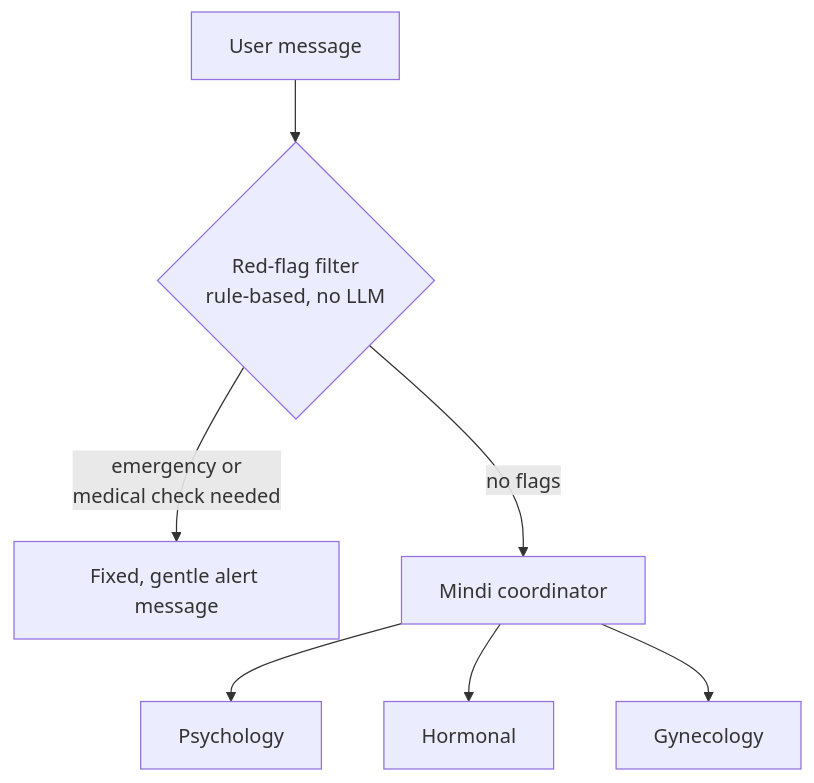
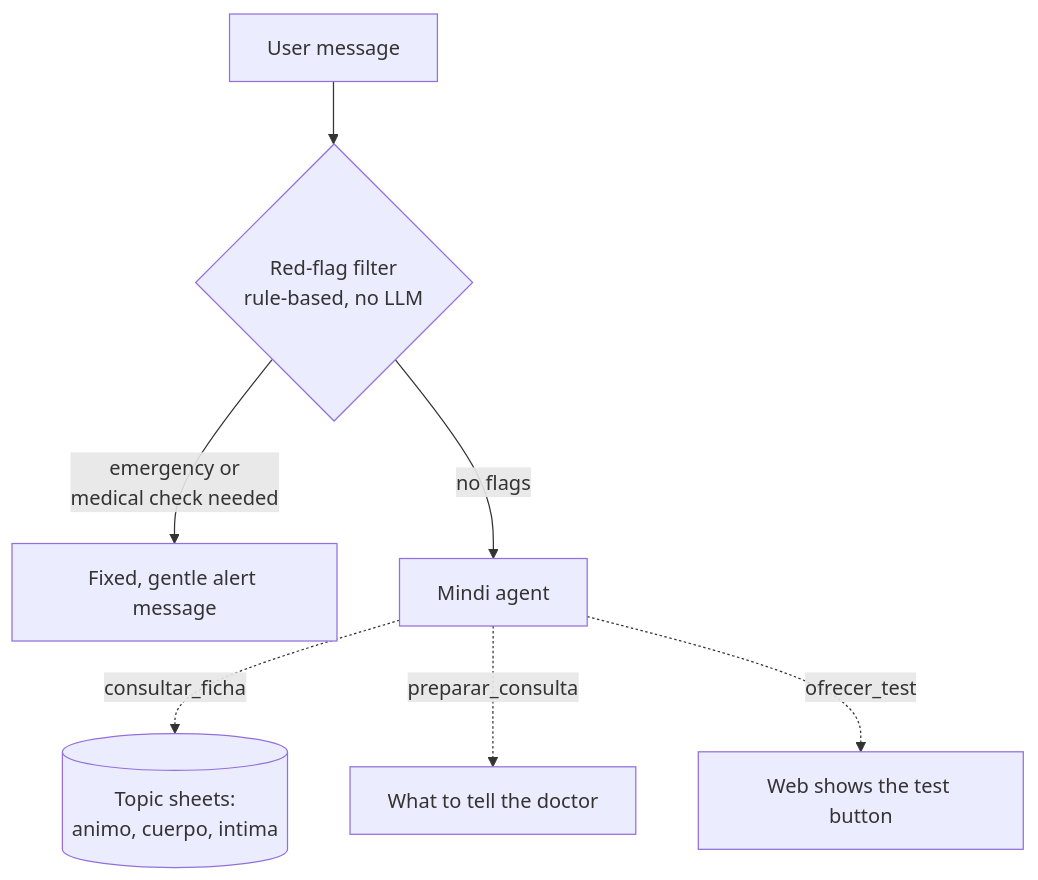
One commit to araype/Mindi_agents changed the diagram in README.md. Above: the diagram before and after it, drawn with Mermaid. The commit also changed other lines of this file and 11 other files, not shown here.

First line of the commit message:
Agente único con fichas por herramienta (consultar_ficha, preparar_consulta, ofrecer_test)

````diff
--- a/README.md
+++ b/README.md
@@ -9,10 +9,9 @@
 ```mermaid
 flowchart TD
     U[User message] --> F{Red-flag filter<br/>rule-based, no LLM}
     F -- emergency or<br/>medical check needed --> A[Fixed, gentle alert message]
-    F -- no flags --> M[Mindi coordinator]
-    M --> P[Psychology]
-    M --> H[Hormonal]
-
-    M --> G[Gynecology]
+    F -- no flags --> M[Mindi agent]
+    M -. consultar_ficha .-> K[(Topic sheets:<br/>animo, cuerpo, intima)]
+    M -. preparar_consulta .-> C[What to tell the doctor]
+    M -. ofrecer_test .-> T[Web shows the test button]
 ```
````
